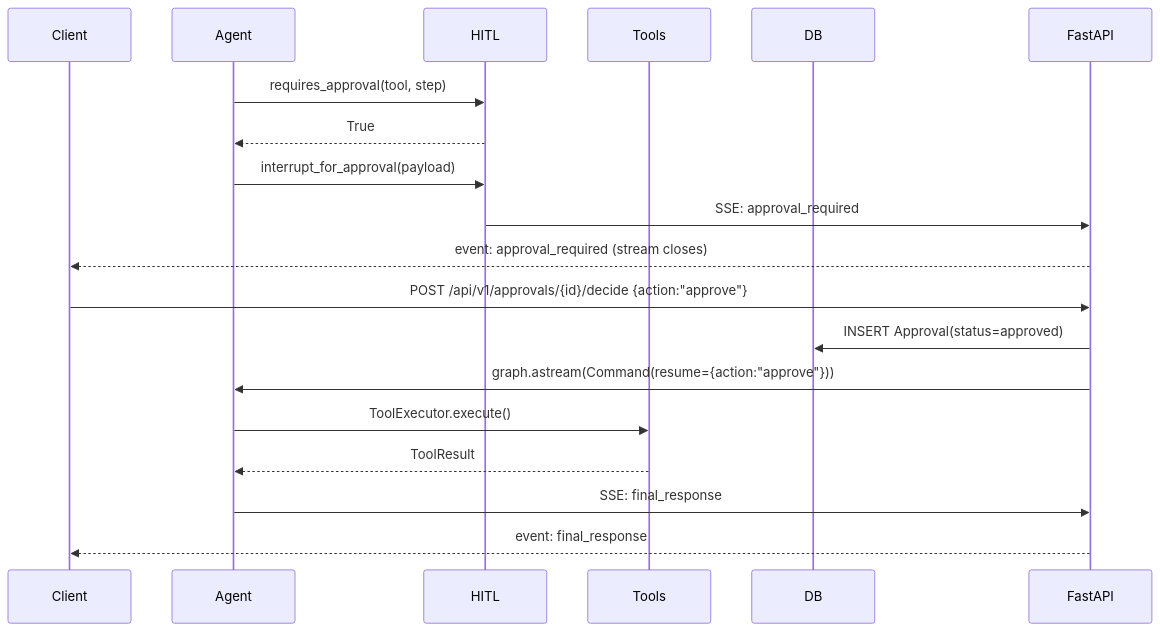
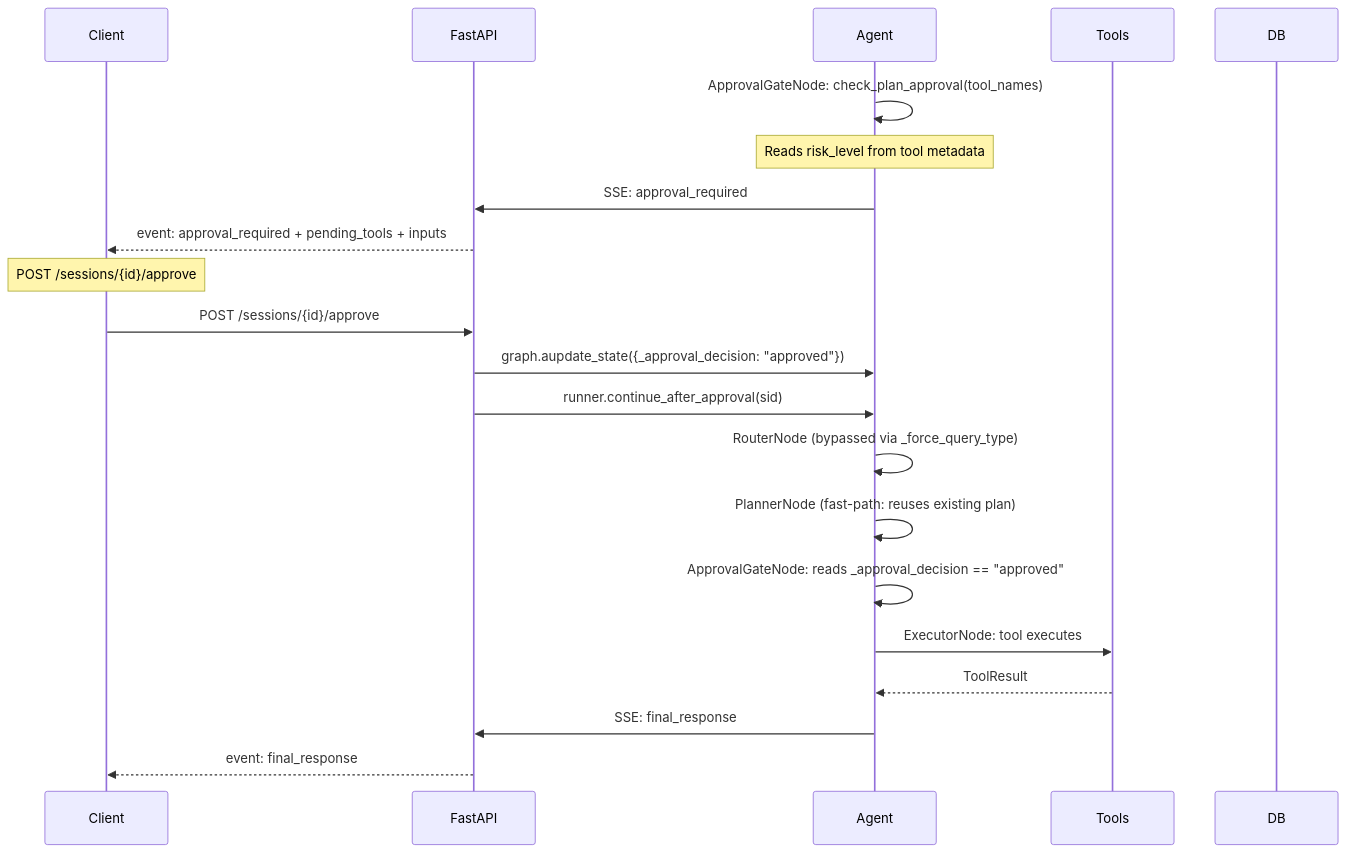
Before and after one commit to Muhammad-Husnain07/Nexus-Agent: the third of 6 diagrams in nexus-agent/docs/architecture.md, drawn with Mermaid. The commit also changed other lines of this file and 6 other files, not shown here.

Commit message:
Update all AGENTS.md + architecture.md to reflect current 11-node architecture

````diff
--- a/nexus-agent/docs/architecture.md
+++ b/nexus-agent/docs/architecture.md
@@ -104,22 +117,26 @@
 ```mermaid
 sequenceDiagram
     participant Client
+    participant FastAPI
     participant Agent
-    participant HITL
     participant Tools
     participant DB
 
-    Agent->>HITL: requires_approval(tool, step)
-    HITL-->>Agent: True
-    Agent->>HITL: interrupt_for_approval(payload)
-    HITL->>FastAPI: SSE: approval_required
-    FastAPI-->>Client: event: approval_required (stream closes)
+    Agent->>Agent: ApprovalGateNode: check_plan_approval(tool_names)
+    Note over Agent: Reads risk_level from tool metadata
+    Agent->>FastAPI: SSE: approval_required
+    FastAPI-->>Client: event: approval_required + pending_tools + inputs
     
-    Client->>FastAPI: POST /api/v1/approvals/{id}/decide {action:"approve"}
-    FastAPI->>DB: INSERT Approval(status=approved)
-    FastAPI->>Agent: graph.astream(Command(resume={action:"approve"}))
-    Agent->>Tools: ToolExecutor.execute()
+    Note over Client: POST /sessions/{id}/approve
+    
+    Client->>FastAPI: POST /sessions/{id}/approve
+    FastAPI->>Agent: graph.aupdate_state({_approval_decision: "approved"})
+    FastAPI->>Agent: runner.continue_after_approval(sid)
+    Agent->>Agent: RouterNode (bypassed via _force_query_type)
+    Agent->>Agent: PlannerNode (fast-path: reuses existing plan)
+    Agent->>Agent: ApprovalGateNode: reads _approval_decision == "approved"
+    Agent->>Tools: ExecutorNode: tool executes
     Tools-->>Agent: ToolResult
     Agent->>FastAPI: SSE: final_response
     FastAPI-->>Client: event: final_response
 ```
````
